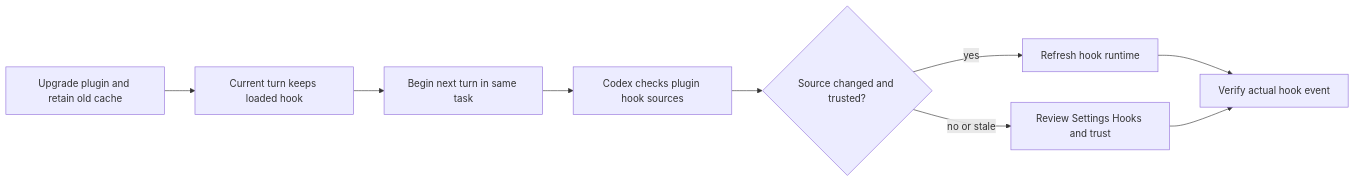
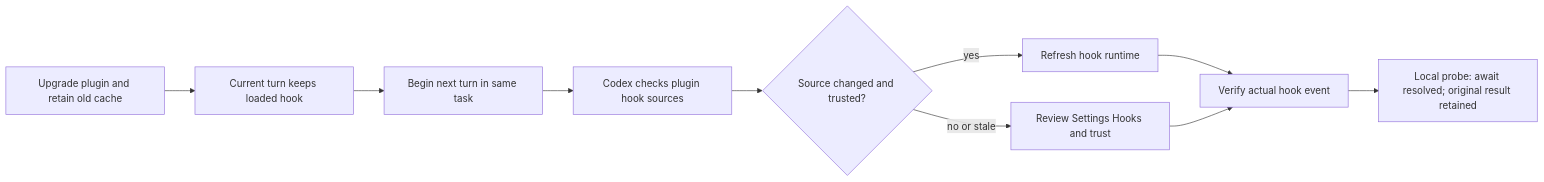
The diagram in docs/research/2026-09-24-live-hook-refresh.md (DmitrL-dev/SoLCodex), drawn with Mermaid before and after one commit. The commit also changed other lines of this file and 4 other files, not shown here.

````diff
--- a/docs/research/2026-09-24-live-hook-refresh.md
+++ b/docs/research/2026-09-24-live-hook-refresh.md
@@ -11,11 +13,12 @@
 ```mermaid
 flowchart LR
   A[Upgrade plugin and retain old cache] --> B[Current turn keeps loaded hook]
   B --> C[Begin next turn in same task]
   C --> D[Codex checks plugin hook sources]
   D --> E{Source changed and trusted?}
   E -->|yes| F[Refresh hook runtime]
   E -->|no or stale| G[Review Settings Hooks and trust]
   F --> H[Verify actual hook event]
   G --> H
+  H --> I[Local probe: await resolved; original result retained]
 ```
````
